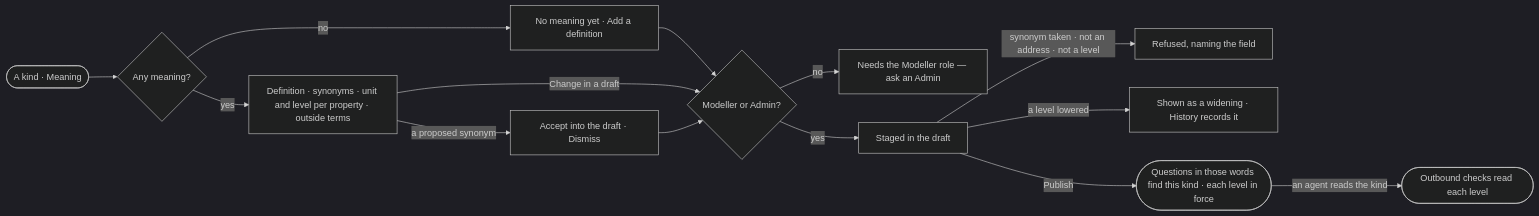
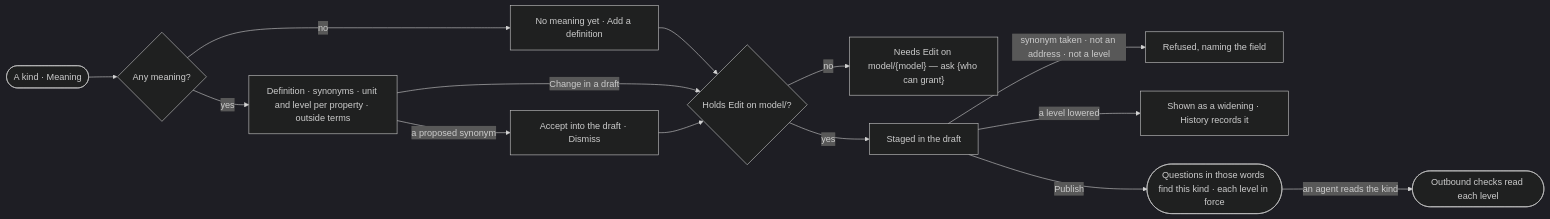
One commit to invana/invana changed the diagram in specs/capabilities/semantics/features/SE-F03-meaning/stories/SE-20-say-what-a-kind-means/story.md. Above: the diagram before and after it, drawn with Mermaid (dark theme). The commit also changed other lines of this file and 228 other files, not shown here.

````diff
--- a/specs/capabilities/semantics/features/SE-F03-meaning/stories/SE-20-say-what-a-kind-means/story.md
+++ b/specs/capabilities/semantics/features/SE-F03-meaning/stories/SE-20-say-what-a-kind-means/story.md
@@ -29,15 +29,15 @@
 ```mermaid
 flowchart LR
   a([A kind · Meaning]) --> m{Any meaning?}
   m -->|no| e["No meaning yet · Add a definition"]
   m -->|yes| r["Definition · synonyms · unit and level per property · outside terms"]
-  r -->|Change in a draft| c{Modeller or Admin?}
+  r -->|Change in a draft| c{"Holds Edit on model/<model>?"}
   e --> c
-  c -->|no| na["Needs the Modeller role — ask an Admin"]
+  c -->|no| na["Needs Edit on model/{model} — ask {who can grant}"]
   c -->|yes| s["Staged in the draft"]
   s -->|synonym taken · not an address · not a level| x["Refused, naming the field"]
   s -->|a level lowered| w["Shown as a widening · History records it"]
   s -->|Publish| p(["Questions in those words find this kind · each level in force"])
   r -->|a proposed synonym| pr["Accept into the draft · Dismiss"] --> c
   p -->|an agent reads the kind| rd(["Outbound checks read each level"])
 ```
````
